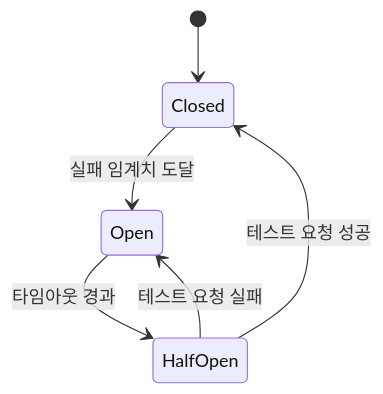
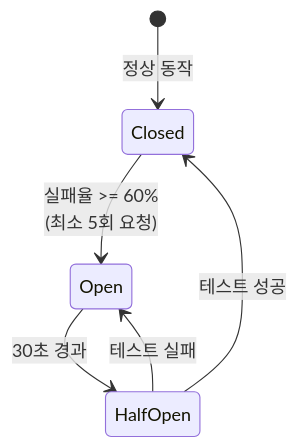
One commit to KimSeogyu/KimSeogyu.github.io changed the fifth of 6 diagrams in src/content/backend/go/enterprise-go-6-resilient-communication.md. Above: the diagram before and after it, drawn with Mermaid. The commit also changed other lines of this file and 7 other files, not shown here.

````diff
--- a/src/content/backend/go/enterprise-go-6-resilient-communication.md
+++ b/src/content/backend/go/enterprise-go-6-resilient-communication.md
@@ -118,11 +113,11 @@
 ```mermaid
 stateDiagram-v2
-    [*] --> Closed
+    [*] --> Closed: 정상 동작
     
-    Closed --> Open: 실패 임계치 도달
+    Closed --> Open: 실패율 >= 60%<br/>(최소 5회 요청)
     
-    Open --> HalfOpen: 타임아웃 경과
+    Open --> HalfOpen: 30초 경과
     
-    HalfOpen --> Closed: 테스트 요청 성공
-    HalfOpen --> Open: 테스트 요청 실패
+    HalfOpen --> Closed: 테스트 성공
+    HalfOpen --> Open: 테스트 실패
 ```
````
